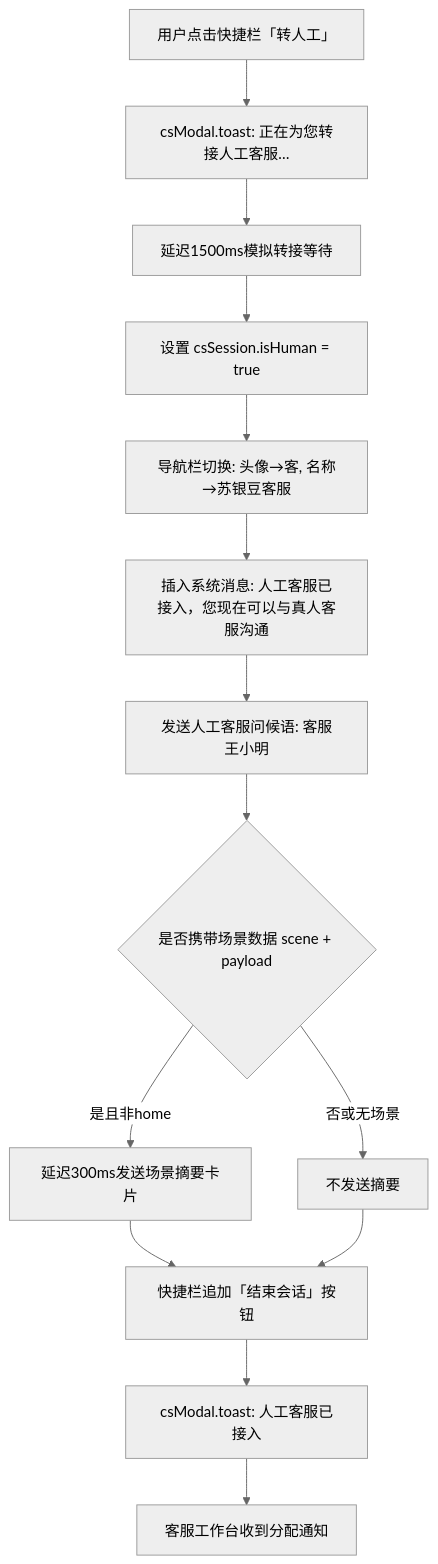
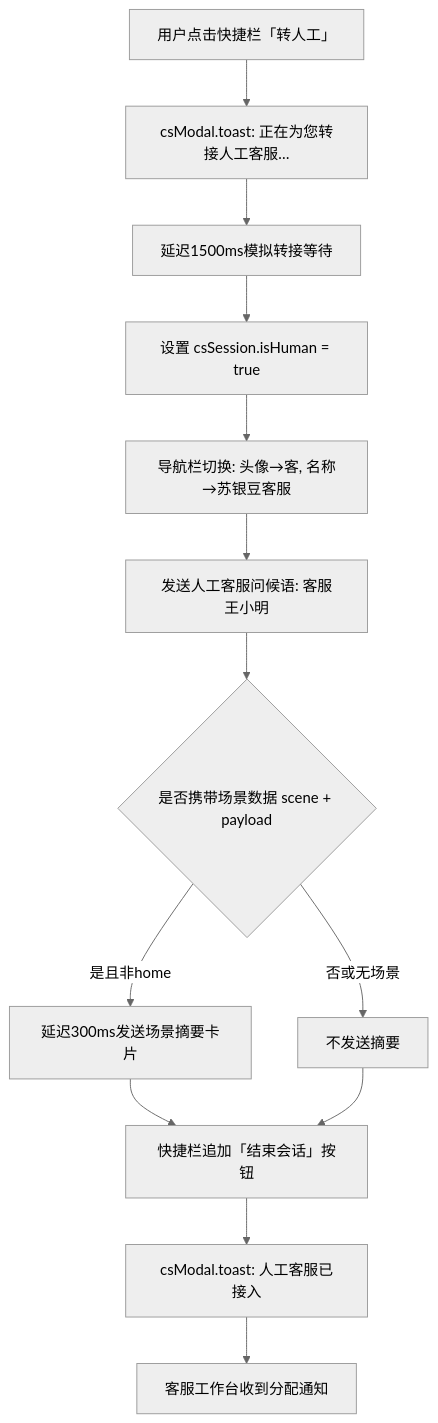
One commit to lyuxiaohei/OCS changed the second of 9 diagrams in prototype-cs/user/PRD/02-聊天主界面.md. Above: the diagram before and after it, drawn with Mermaid (neutral theme). The commit also changed other lines of this file and 19 other files, not shown here.

````diff
--- a/prototype-cs/user/PRD/02-聊天主界面.md
+++ b/prototype-cs/user/PRD/02-聊天主界面.md
@@ -96,16 +96,15 @@
 ```mermaid
 flowchart TD
     A[用户点击快捷栏「转人工」] --> B[csModal.toast: 正在为您转接人工客服…]
     B --> C[延迟1500ms模拟转接等待]
     C --> D[设置 csSession.isHuman = true]
     D --> E[导航栏切换: 头像→客, 名称→苏银豆客服]
-    E --> F[插入系统消息: 人工客服已接入，您现在可以与真人客服沟通]
-    F --> G[发送人工客服问候语: 客服王小明]
+    E --> G[发送人工客服问候语: 客服王小明]
     G --> H{是否携带场景数据 scene + payload}
     H -->|是且非home| I[延迟300ms发送场景摘要卡片]
     H -->|否或无场景| J[不发送摘要]
     I --> K[快捷栏追加「结束会话」按钮]
     J --> K
     K --> L[csModal.toast: 人工客服已接入]
     L --> M[客服工作台收到分配通知]
 ```
````
